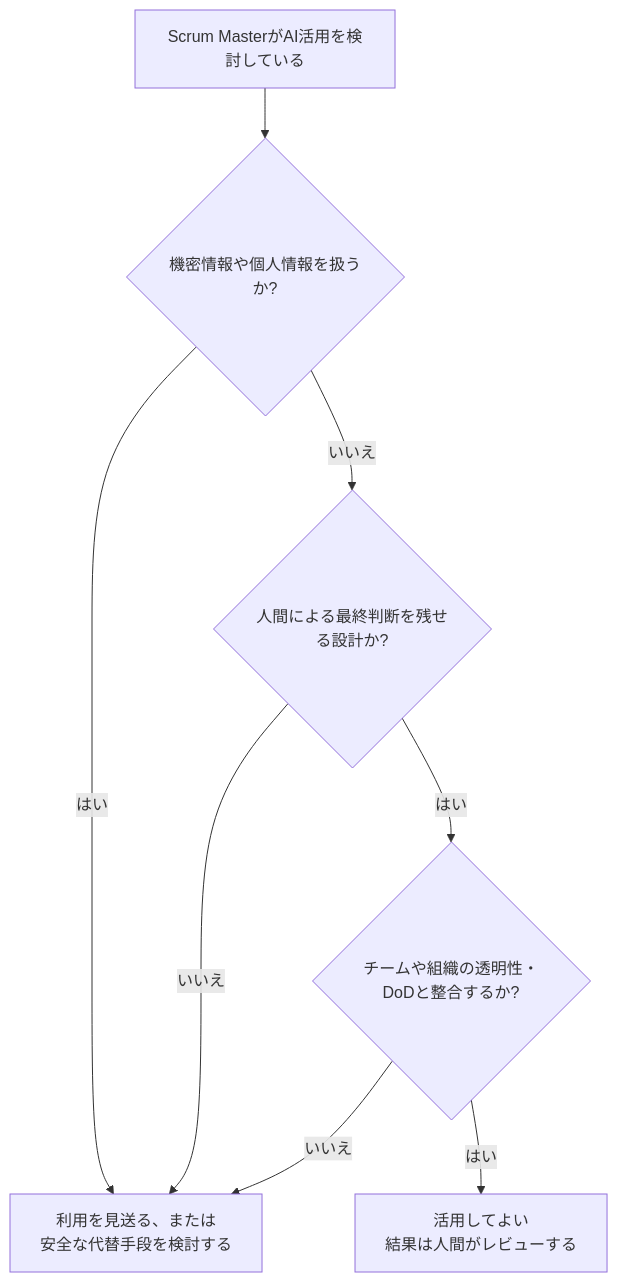
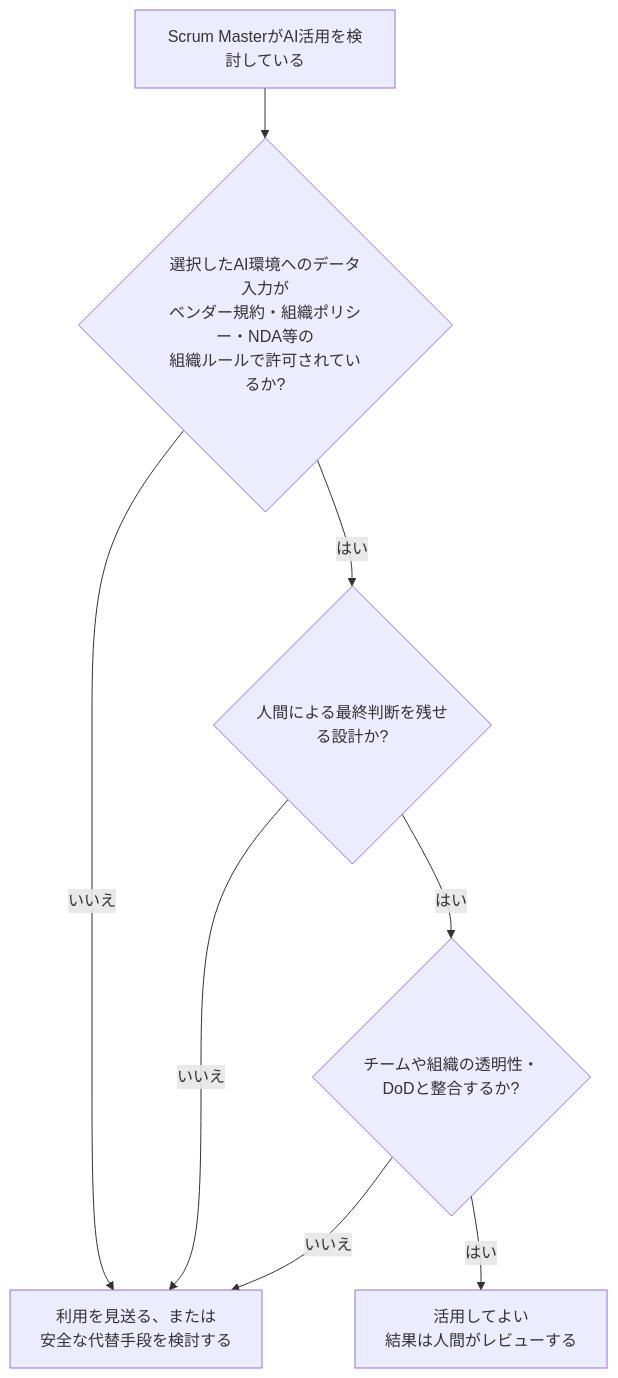
One commit to myoshi2891/Management-Team-Building-Studies changed the fifth of 5 diagrams in Psm-ai-essentials-guide.md. Above: the diagram before and after it, drawn with Mermaid. The commit also changed other lines of this file, not shown here.

Commit message:
docs: PSM-AI Essentials ガイドの引用リンク形式および判断フロー図を修正

````diff
--- a/Psm-ai-essentials-guide.md
+++ b/Psm-ai-essentials-guide.md
@@ -333,17 +342,17 @@
 ```mermaid
 flowchart TD
     START["Scrum MasterがAI活用を検討している"]
-    Q1{"機密情報や個人情報を扱うか?"}
+    Q1{"選択したAI環境へのデータ入力が<br/>ベンダー規約・組織ポリシー・NDA等の<br/>組織ルールで許可されているか?"}
     Q2{"人間による最終判断を残せる設計か?"}
     Q3{"チームや組織の透明性・DoDと整合するか?"}
     OK["活用してよい<br/>結果は人間がレビューする"]
     NG["利用を見送る、または<br/>安全な代替手段を検討する"]
 
     START --> Q1
-    Q1 -->|"はい"| NG
-    Q1 -->|"いいえ"| Q2
+    Q1 -->|"いいえ"| NG
+    Q1 -->|"はい"| Q2
     Q2 -->|"いいえ"| NG
     Q2 -->|"はい"| Q3
     Q3 -->|"いいえ"| NG
     Q3 -->|"はい"| OK
 ```
````
